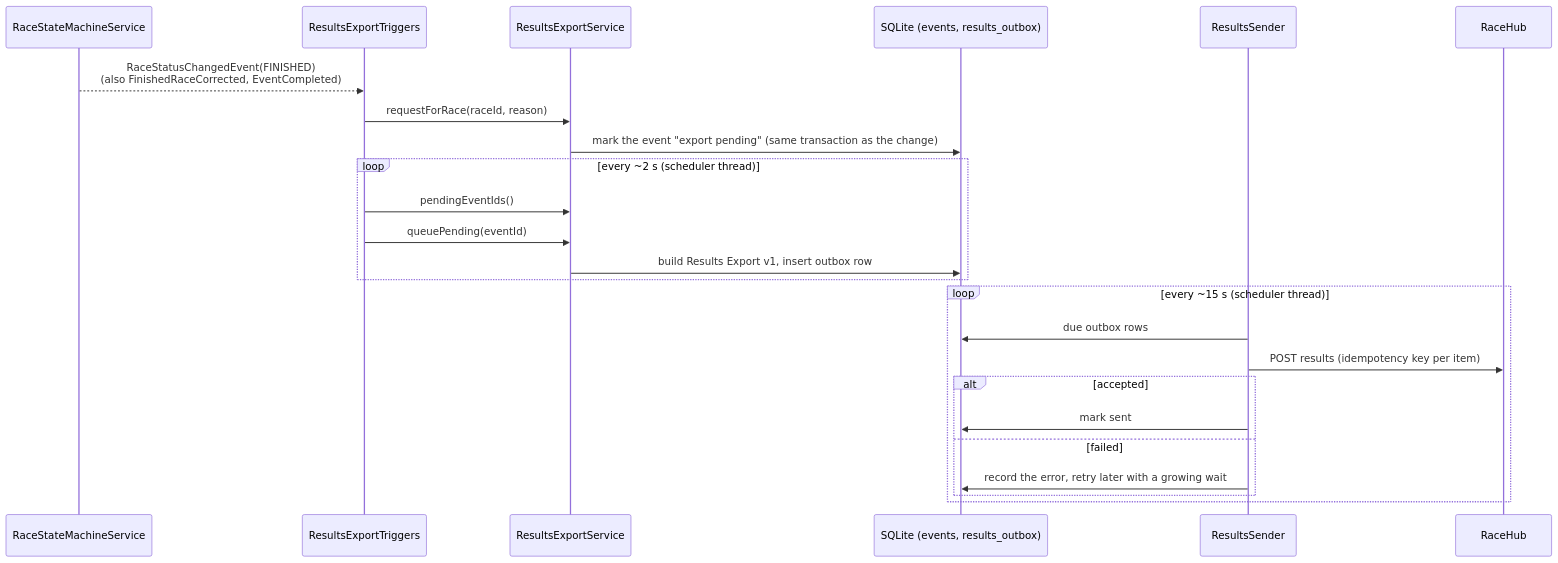
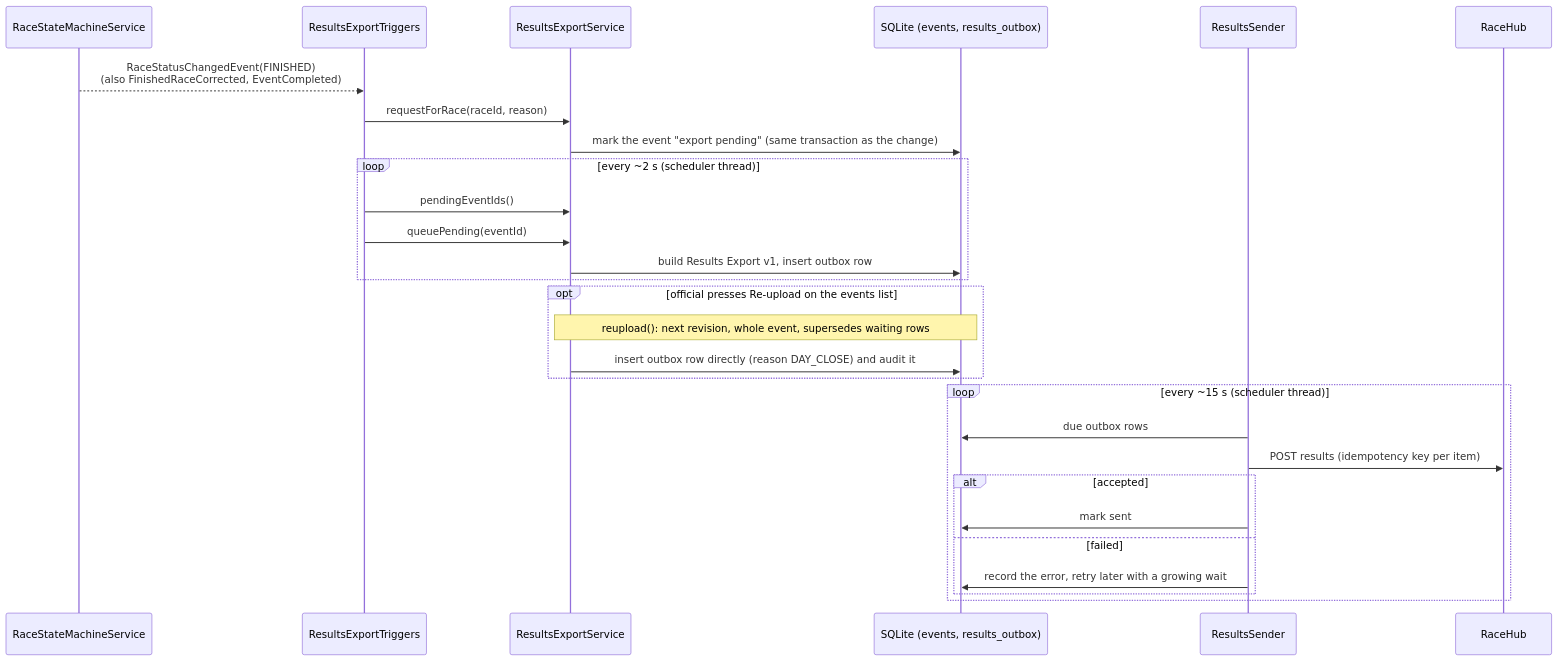
One commit to RCRaceHub/RCTimingControl changed the fourth of 15 diagrams in docs/developer/sequences.md. Above: the diagram before and after it, drawn with Mermaid. The commit also changed 14 other files, not shown here.

First line of the commit message:
feat: Re-upload button on the events list sends an event's results to RaceHub again (#757)

````diff
--- a/docs/developer/sequences.md
+++ b/docs/developer/sequences.md
@@ -145,27 +145,31 @@
 ```mermaid
 sequenceDiagram
     participant SM as RaceStateMachineService
     participant T as ResultsExportTriggers
     participant ES as ResultsExportService
     participant DB as SQLite (events, results_outbox)
     participant S as ResultsSender
     participant RH as RaceHub
 
     SM-->>T: RaceStatusChangedEvent(FINISHED)<br/>(also FinishedRaceCorrected, EventCompleted)
     T->>ES: requestForRace(raceId, reason)
     ES->>DB: mark the event "export pending" (same transaction as the change)
     loop every ~2 s (scheduler thread)
         T->>ES: pendingEventIds()
         T->>ES: queuePending(eventId)
         ES->>DB: build Results Export v1, insert outbox row
     end
+    opt official presses Re-upload on the events list
+        Note over ES,DB: reupload(): next revision, whole event, supersedes waiting rows
+        ES->>DB: insert outbox row directly (reason DAY_CLOSE) and audit it
+    end
     loop every ~15 s (scheduler thread)
         S->>DB: due outbox rows
         S->>RH: POST results (idempotency key per item)
         alt accepted
             S->>DB: mark sent
         else failed
             S->>DB: record the error, retry later with a growing wait
         end
     end
 ```
````
